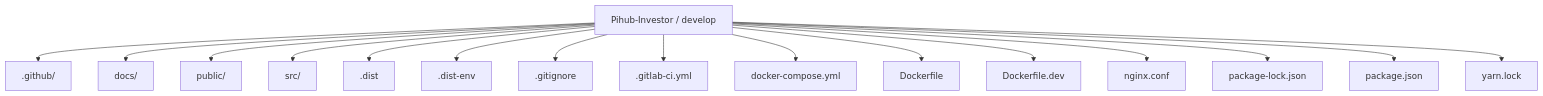
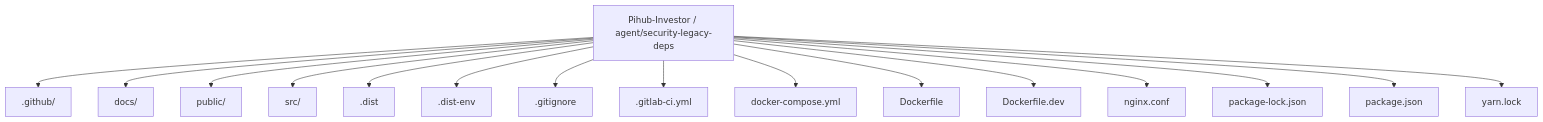
Before and after one commit to Nischhalsubba/Pihub-Investor: the first of 6 diagrams in README.md, drawn with Mermaid. The commit also changed other lines of this file, not shown here.

````diff
--- a/README.md
+++ b/README.md
@@ -57,19 +57,19 @@
 ```mermaid
 flowchart TD
-    ROOT["Pihub-Investor / develop"]
+    ROOT["Pihub-Investor / agent/security-legacy-deps"]
     ROOT --> P0[".github/"]
     ROOT --> P1["docs/"]
     ROOT --> P2["public/"]
     ROOT --> P3["src/"]
     ROOT --> P4[".dist"]
     ROOT --> P5[".dist-env"]
     ROOT --> P6[".gitignore"]
     ROOT --> P7[".gitlab-ci.yml"]
     ROOT --> P8["docker-compose.yml"]
     ROOT --> P9["Dockerfile"]
     ROOT --> P10["Dockerfile.dev"]
     ROOT --> P11["nginx.conf"]
     ROOT --> P12["package-lock.json"]
     ROOT --> P13["package.json"]
     ROOT --> P14["yarn.lock"]
 ```
````
